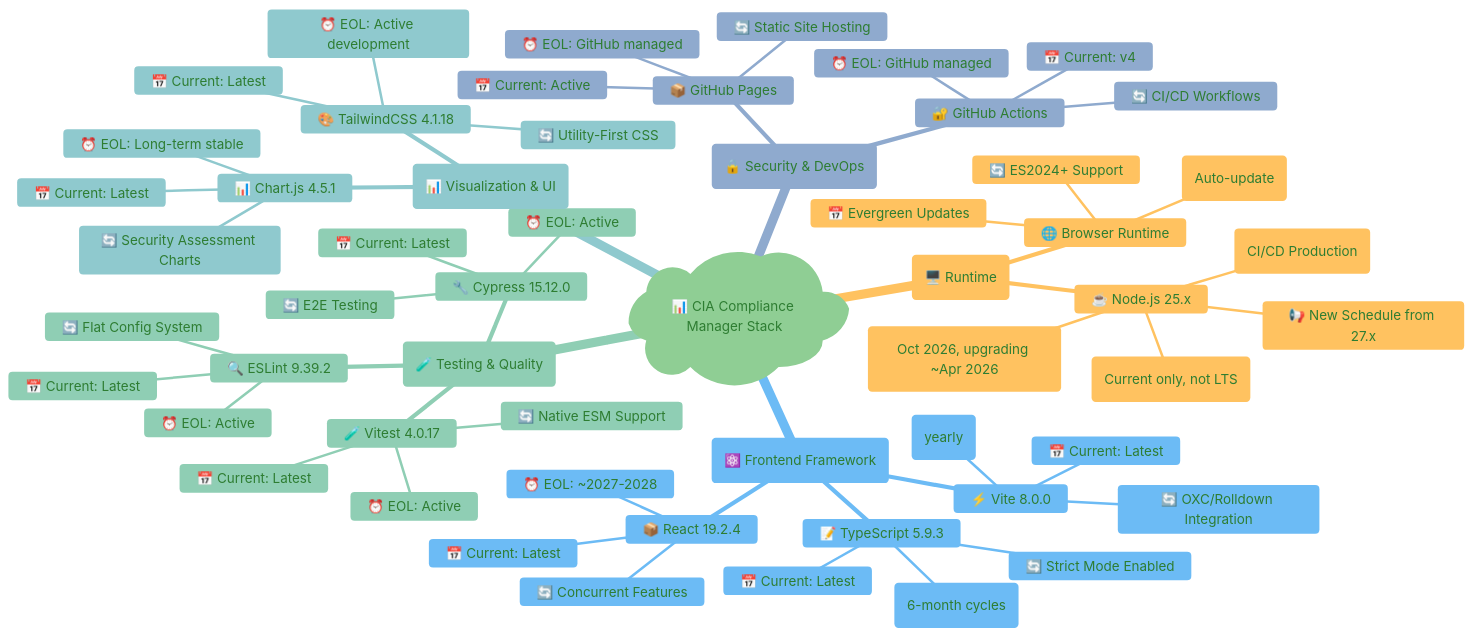
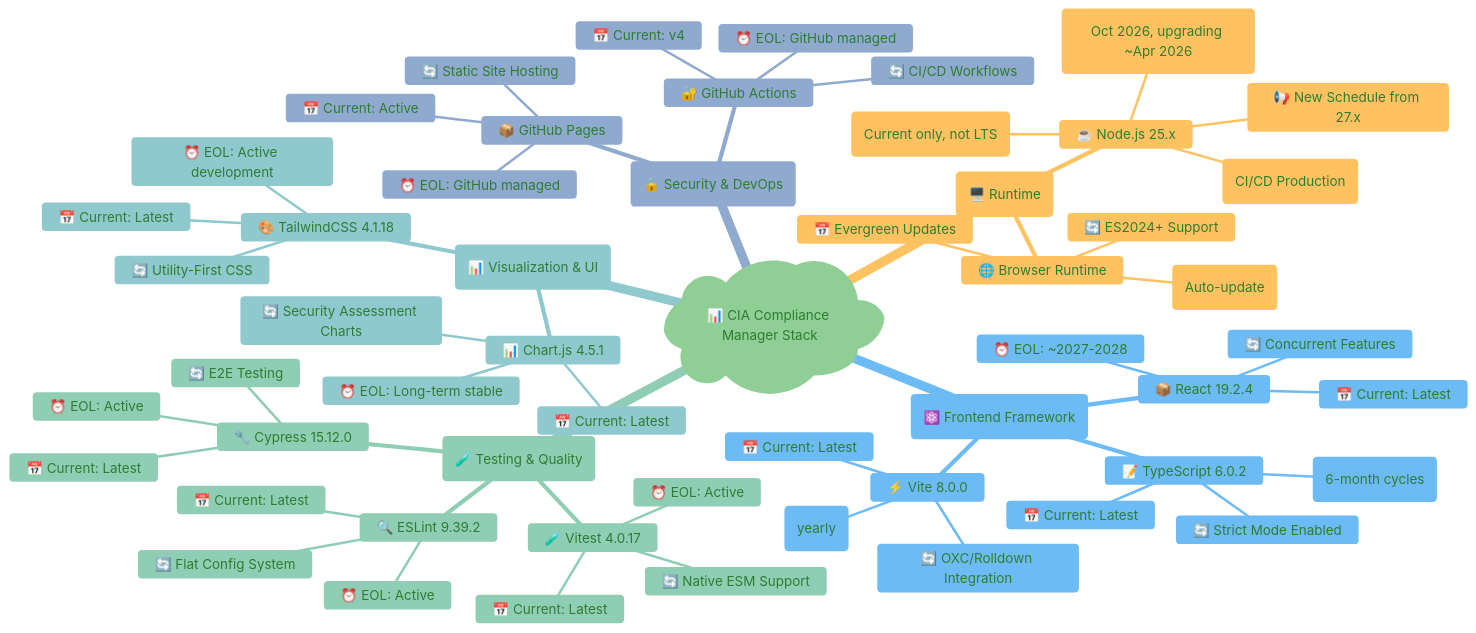
Before and after one commit to Hack23/cia-compliance-manager: the first of 9 diagrams in docs/End-of-Life-Strategy.md, drawn with Mermaid. The commit also changed other lines of this file and 20 other files, not shown here.

First line of the commit message:
Upgrade TypeScript 5.9.3 → 6.0.2 with TS6 breaking change fixes and documentation updates

````diff
--- a/docs/End-of-Life-Strategy.md
+++ b/docs/End-of-Life-Strategy.md
@@ -51,70 +51,70 @@
 ```mermaid
 %%{
   init: {
     'theme': 'base',
     'themeVariables': {
       'primaryColor': '#e8f5e9',
       'primaryTextColor': '#2e7d32',
       'lineColor': '#4caf50',
       'secondaryColor': '#fff3e0',
       'tertiaryColor': '#e3f2fd'
     }
   }
 }%%
 mindmap
   root)📊 CIA Compliance Manager Stack(
     (🖥️ Runtime)
       ☕ Node.js 25.x
         📅 Current: 25.x (CI/CD Production)
         ⏰ Node 25 EOL: Apr 2026 (Current only, not LTS)
         🔄 Next LTS: Node 26 (Oct 2026, upgrading ~Apr 2026)
         📢 New Schedule from 27.x
       🌐 Browser Runtime
         📅 Evergreen Updates
         ⏰ EOL: N/A (Auto-update)
         🔄 ES2024+ Support
     (⚛️ Frontend Framework)
       📦 React 19.2.4
         📅 Current: Latest
         ⏰ EOL: ~2027-2028
         🔄 Concurrent Features
-      📝 TypeScript 5.9.3
+      📝 TypeScript 6.0.2
         📅 Current: Latest
         ⏰ EOL: Active (6-month cycles)
         🔄 Strict Mode Enabled
       ⚡ Vite 8.0.0
         📅 Current: Latest
         ⏰ EOL: Active (yearly)
         🔄 OXC/Rolldown Integration
     (🧪 Testing & Quality)
       🧪 Vitest 4.0.17
         📅 Current: Latest
         ⏰ EOL: Active
         🔄 Native ESM Support
       🔧 Cypress 15.12.0
         📅 Current: Latest
         ⏰ EOL: Active
         🔄 E2E Testing
       🔍 ESLint 9.39.2
         📅 Current: Latest
         ⏰ EOL: Active
         🔄 Flat Config System
     (📊 Visualization & UI)
       📊 Chart.js 4.5.1
         📅 Current: Latest
         ⏰ EOL: Long-term stable
         🔄 Security Assessment Charts
       🎨 TailwindCSS 4.1.18
         📅 Current: Latest
         ⏰ EOL: Active development
         🔄 Utility-First CSS
     (🔒 Security & DevOps)
       🔐 GitHub Actions
         📅 Current: v4
         ⏰ EOL: GitHub managed
         🔄 CI/CD Workflows
       📦 GitHub Pages
         📅 Current: Active
         ⏰ EOL: GitHub managed
         🔄 Static Site Hosting
 ```
````
